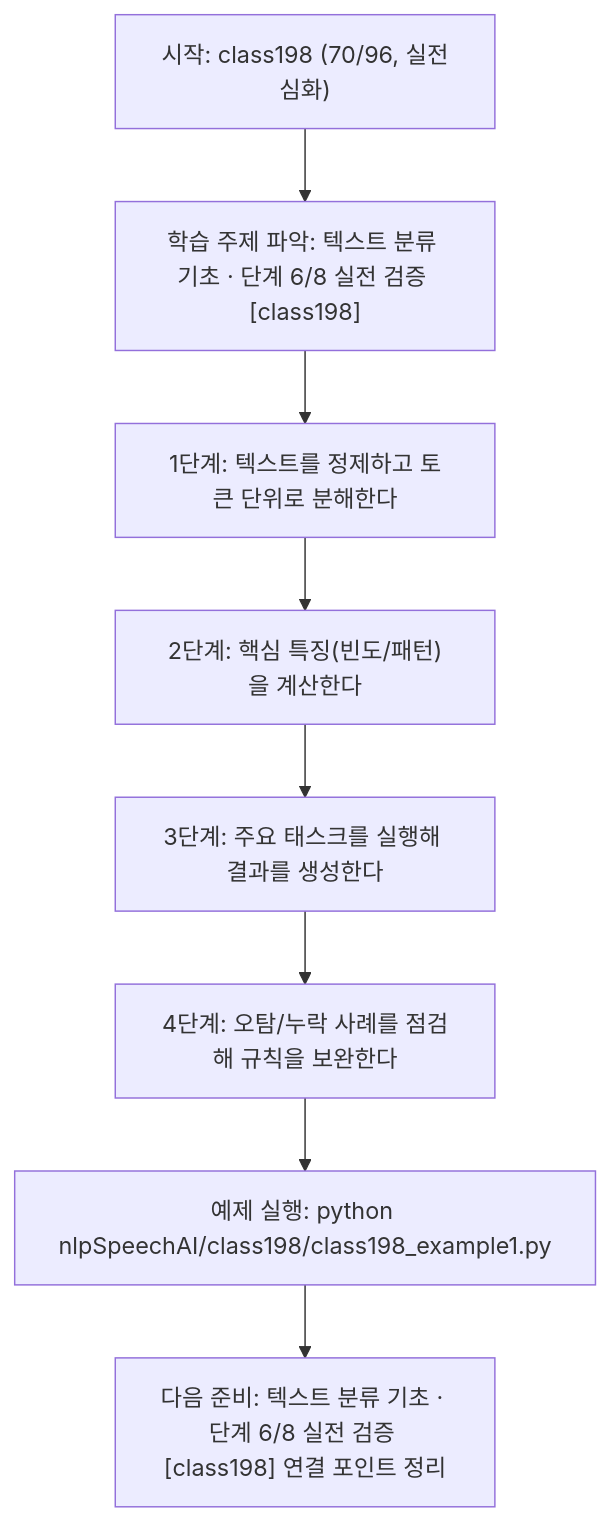
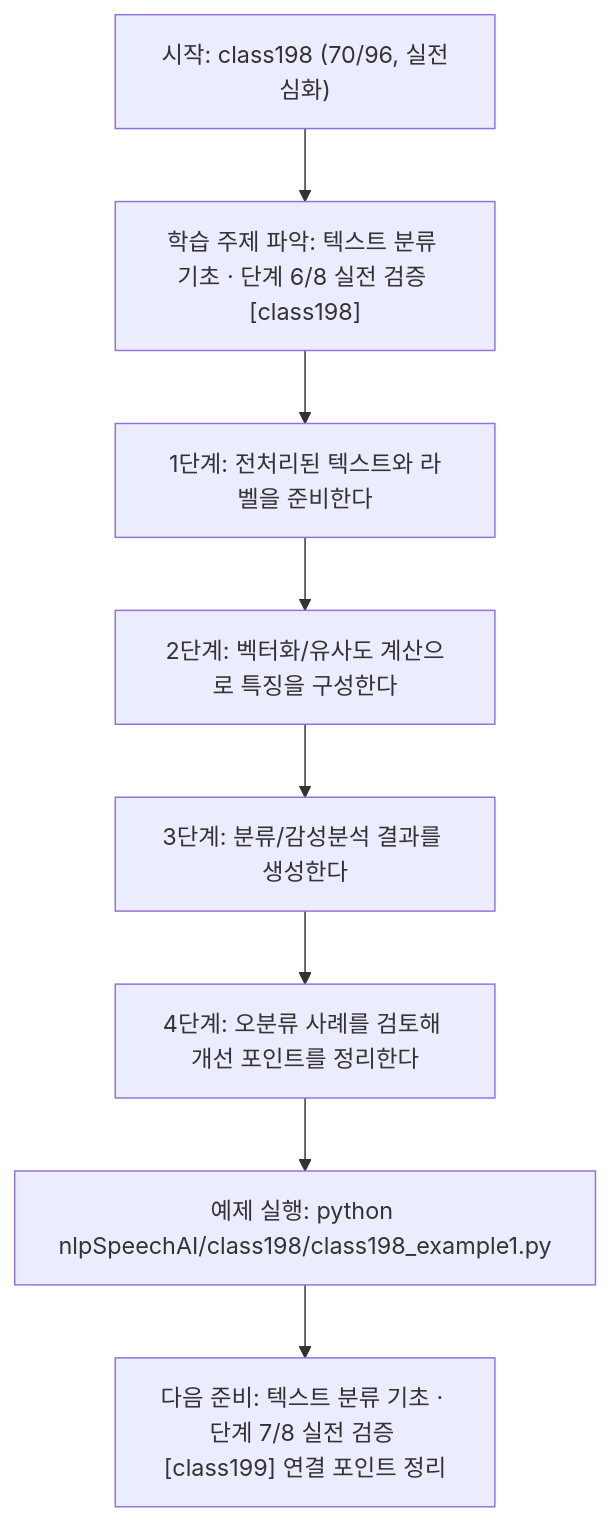
Before and after one commit to edumgt/Python-AI_Agent-Class: the diagram in nlpSpeechAI/class198/class198.md, drawn with Mermaid. The commit also changed other lines of this file and 1122 other files, not shown here.

````diff
--- a/nlpSpeechAI/class198/class198.md
+++ b/nlpSpeechAI/class198/class198.md
@@ -114,18 +95,18 @@
 ```mermaid
 flowchart TD
 N1["시작: class198 (70/96, 실전심화)"]
 N2["학습 주제 파악: 텍스트 분류 기초 · 단계 6/8 실전 검증 [class198]"]
-N3["1단계: 텍스트를 정제하고 토큰 단위로 분해한다"]
-N4["2단계: 핵심 특징(빈도/패턴)을 계산한다"]
-N5["3단계: 주요 태스크를 실행해 결과를 생성한다"]
-N6["4단계: 오탐/누락 사례를 점검해 규칙을 보완한다"]
+N3["1단계: 전처리된 텍스트와 라벨을 준비한다"]
+N4["2단계: 벡터화/유사도 계산으로 특징을 구성한다"]
+N5["3단계: 분류/감성분석 결과를 생성한다"]
+N6["4단계: 오분류 사례를 검토해 개선 포인트를 정리한다"]
 N7["예제 실행: python nlpSpeechAI/class198/class198_example1.py"]
-N8["다음 준비: 텍스트 분류 기초 · 단계 6/8 실전 검증 [class198] 연결 포인트 정리"]
+N8["다음 준비: 텍스트 분류 기초 · 단계 7/8 실전 검증 [class199] 연결 포인트 정리"]
 N1 --> N2
 N2 --> N3
 N3 --> N4
 N4 --> N5
 N5 --> N6
 N6 --> N7
 N7 --> N8
 ```
````
